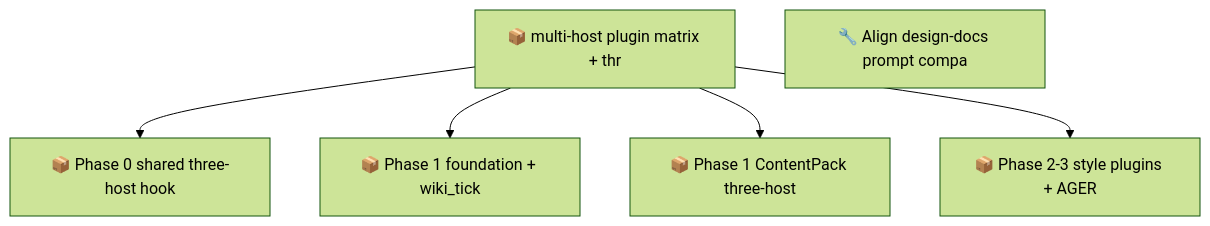
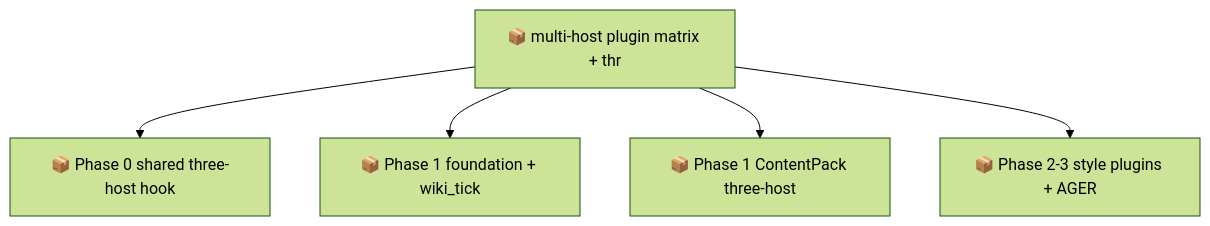
One commit to SpillwaveSolutions/wiki_ticket_sdd changed the second of 2 diagrams in docs/roadmap.md. Above: the diagram before and after it, drawn with Mermaid (forest theme). The commit also changed other lines of this file and 8 other files, not shown here.

Commit message:
chore: close prompt-pin item after #375 (01M0V0ZQ56VWB1QMTP8HRXKCXG)

````diff
--- a/docs/roadmap.md
+++ b/docs/roadmap.md
@@ -75,13 +60,12 @@
 ```mermaid
 graph TD
     01M0KCDKJRAZYMWDD9PFGHC6XY["📦 multi-host plugin matrix + thr"]
     01M0KCDV5GP8BMZT142MMAPAG7["📦 Phase 0 shared three-host hook"]
     01M0KCDV7AQEQ61TA2MYN3M5C3["📦 Phase 1 foundation + wiki_tick"]
     01M0KCDV94P4YPBXJXQZNNGQTM["📦 Phase 1 ContentPack three-host"]
     01M0KCDVAYS67SPN8FHAYY4DWX["📦 Phase 2-3 style plugins + AGER"]
-    01M0V0ZQ56VWB1QMTP8HRXKCXG["🔧 Align design-docs prompt compa"]
     01M0KCDKJRAZYMWDD9PFGHC6XY --> 01M0KCDV5GP8BMZT142MMAPAG7
     01M0KCDKJRAZYMWDD9PFGHC6XY --> 01M0KCDV7AQEQ61TA2MYN3M5C3
     01M0KCDKJRAZYMWDD9PFGHC6XY --> 01M0KCDV94P4YPBXJXQZNNGQTM
     01M0KCDKJRAZYMWDD9PFGHC6XY --> 01M0KCDVAYS67SPN8FHAYY4DWX
 ```
````
